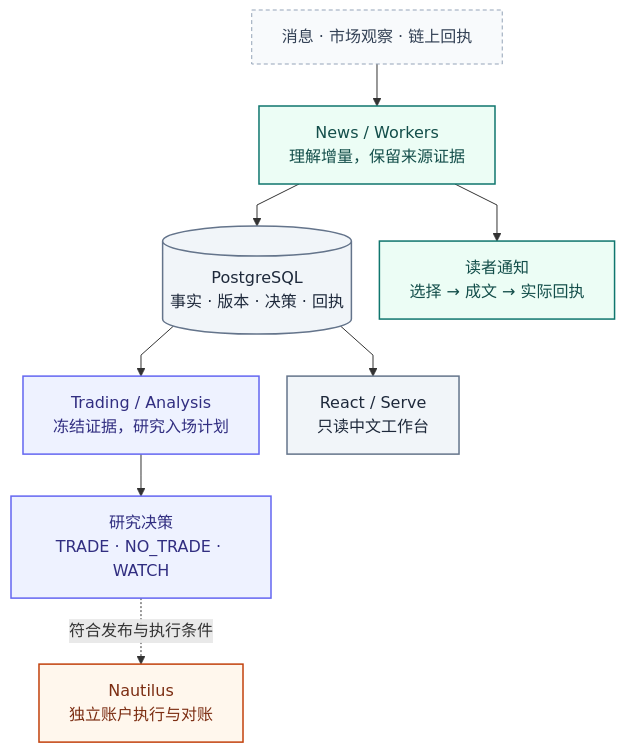
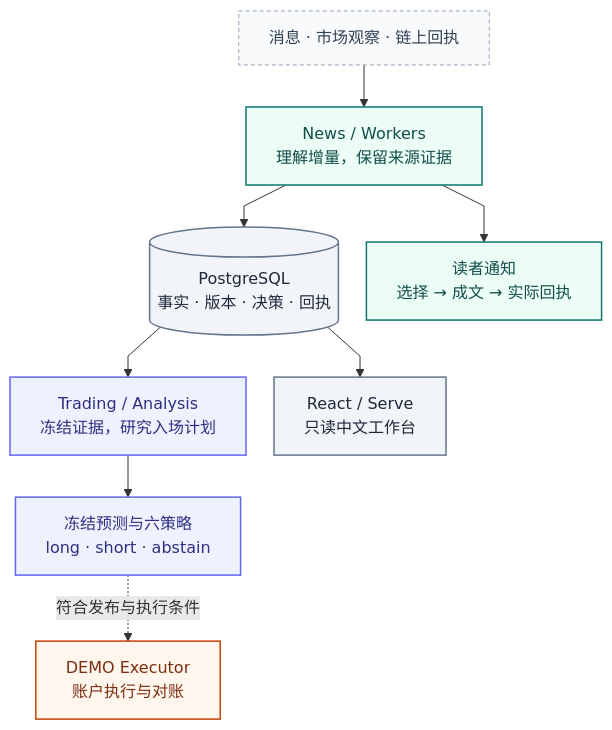
Before and after one commit to AnalyThothAI/tracefold: the diagram in README.md, drawn with Mermaid. The commit also changed other lines of this file and 46 other files, not shown here.

Commit message:
docs: align handbook with current architecture and remove obsolete materials

````diff
--- a/README.md
+++ b/README.md
@@ -35,31 +35,31 @@
 ```mermaid
 ---
 config:
   fontFamily: "system-ui, Noto Sans CJK SC, Microsoft YaHei, WenQuanYi Zen Hei, sans-serif"
   flowchart:
     curve: linear
     nodeSpacing: 28
     rankSpacing: 42
 ---
 flowchart TB
     accTitle: Tracefold 产品能力总览
-    accDescr: News 保存来源与增量知识并独立通知；Analysis 形成研究决策；符合条件的 Signal 可交给独立 Nautilus。工作台读取持久记录。此图是能力关系，不是完整部署连线。
+    accDescr: News 保存来源与增量知识并独立通知；Analysis 冻结预测与六策略动作；符合条件的 Signal 可交给 DEMO Executor。工作台读取持久记录。此图是能力关系，不是完整部署连线。
     Inputs["消息 · 市场观察 · 链上回执"] --> News["News / Workers<br/>理解增量，保留来源证据"]
     News --> Ledger[("PostgreSQL<br/>事实 · 版本 · 决策 · 回执")]
     News --> Notify["读者通知<br/>选择 → 成文 → 实际回执"]
     Ledger --> Research["Trading / Analysis<br/>冻结证据，研究入场计划"]
-    Research --> Decision["研究决策<br/>TRADE · NO_TRADE · WATCH"]
-    Decision -.->|符合发布与执行条件| Runtime["Nautilus<br/>独立账户执行与对账"]
+    Research --> Decision["冻结预测与六策略<br/>long · short · abstain"]
+    Decision -.->|符合发布与执行条件| Runtime["DEMO Executor<br/>账户执行与对账"]
     Ledger --> Console["React / Serve<br/>只读中文工作台"]
 
     classDef news fill:#ecfdf5,stroke:#0f766e,color:#134e4a,stroke-width:1.5px
     classDef research fill:#eef2ff,stroke:#6366f1,color:#312e81,stroke-width:1.5px
     classDef execution fill:#fff7ed,stroke:#c2410c,color:#7c2d12,stroke-width:1.5px
     classDef store fill:#f1f5f9,stroke:#64748b,color:#1e293b,stroke-width:1.5px
     classDef external fill:#f8fafc,stroke:#94a3b8,color:#334155,stroke-dasharray:4 3
 class Inputs external;
 class News,Notify news;
 class Ledger,Console store;
 class Research,Decision research;
 class Runtime execution;
 ```
````
